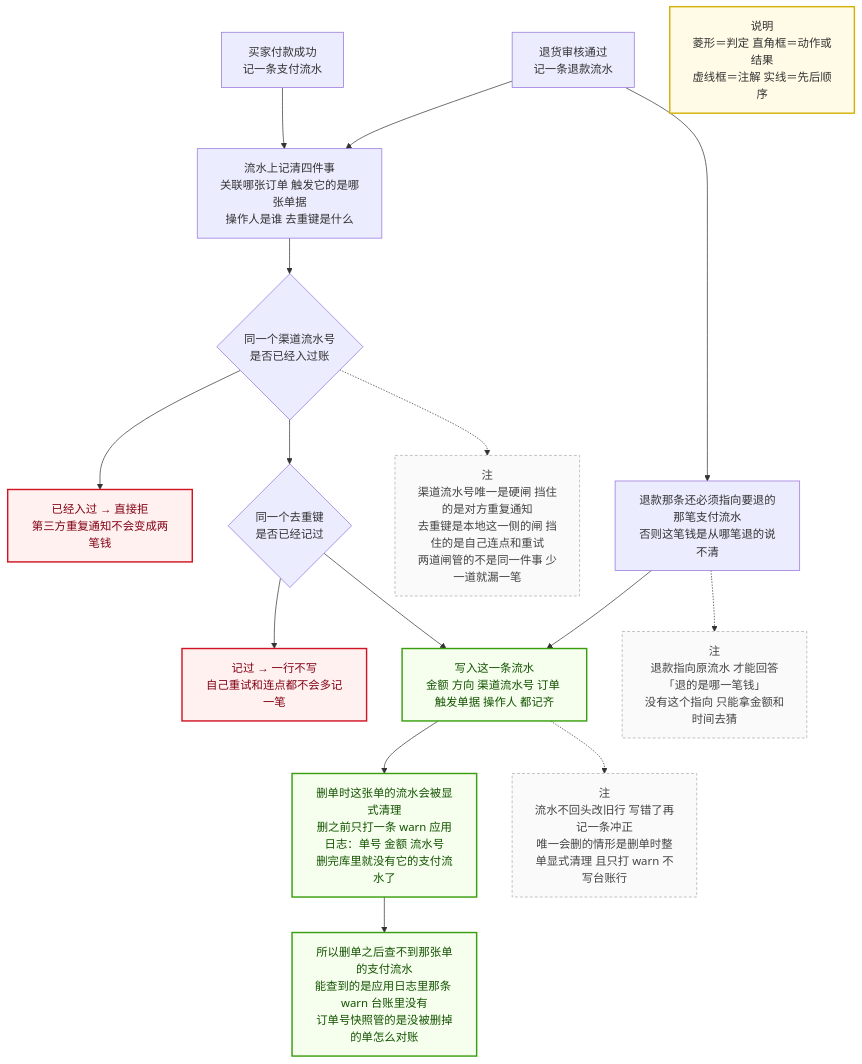
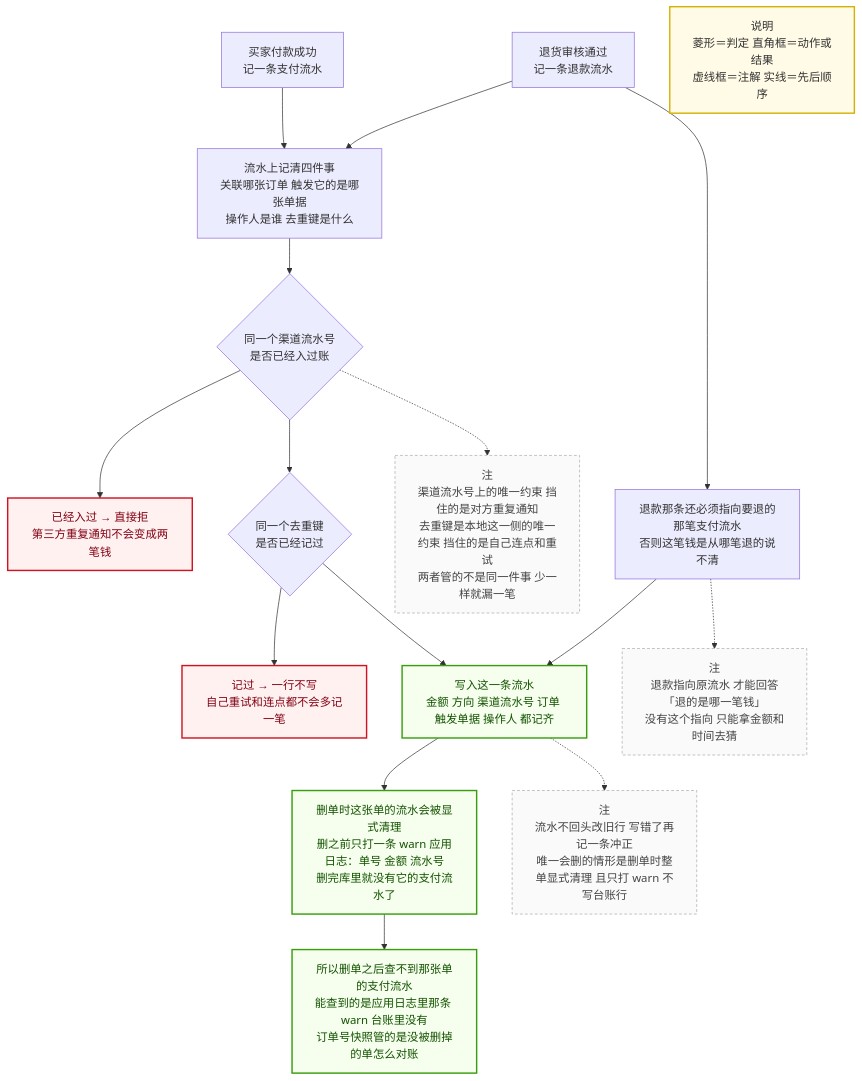
One commit to zzy-repo/qiqi-mall changed the diagram in docs/flows/02-业务场景/台账与取证/台账七类/支付流水/1-支付流水图.mmd. Above: the diagram before and after it, drawn with Mermaid. The commit also changed 231 other files, not shown here.

```diff
--- a/docs/flows/02-业务场景/台账与取证/台账七类/支付流水/1-支付流水图.mmd
+++ b/docs/flows/02-业务场景/台账与取证/台账七类/支付流水/1-支付流水图.mmd
@@ -1,46 +1,46 @@
 flowchart TB
     P[买家付款成功<br/>记一条支付流水]
     R[退货审核通过<br/>记一条退款流水]
 
     C1[流水上记清四件事<br/>关联哪张订单 触发它的是哪张单据<br/>操作人是谁 去重键是什么]
     C2[退款那条还必须指向要退的那笔支付流水<br/>否则这笔钱是从哪笔退的说不清]
 
     P --> C1
     R --> C1
     R --> C2
 
     U1{同一个渠道流水号<br/>是否已经入过账}
     U2[已经入过 → 直接拒<br/>第三方重复通知不会变成两笔钱]
     U3{同一个去重键<br/>是否已经记过}
     U4[记过 → 一行不写<br/>自己重试和连点都不会多记一笔]
     C3[写入这一条流水<br/>金额 方向 渠道流水号 订单 触发单据 操作人 都记齐]
 
     C1 --> U1
     U1 --> U2
     U1 --> U3
     U3 --> U4
     U3 --> C3
     C2 --> C3
 
     A[删单时这张单的流水会被显式清理<br/>删之前只打一条 warn 应用日志：单号 金额 流水号<br/>删完库里就没有它的支付流水了]
     A2[所以删单之后查不到那张单的支付流水<br/>能查到的是应用日志里那条 warn 台账里没有<br/>订单号快照管的是没被删掉的单怎么对账]
     C3 --> A
     A --> A2
 
-    N1[注<br/>渠道流水号唯一是硬闸 挡住的是对方重复通知<br/>去重键是本地这一侧的闸 挡住的是自己连点和重试<br/>两道闸管的不是同一件事 少一道就漏一笔]
+    N1[注<br/>渠道流水号上的唯一约束 挡住的是对方重复通知<br/>去重键是本地这一侧的唯一约束 挡住的是自己连点和重试<br/>两者管的不是同一件事 少一样就漏一笔]
     N2[注<br/>退款指向原流水 才能回答「退的是哪一笔钱」<br/>没有这个指向 只能拿金额和时间去猜]
     N3[注<br/>流水不回头改旧行 写错了再记一条冲正<br/>唯一会删的情形是删单时整单显式清理 且只打 warn 不写台账行]
     U1 -.-> N1
     C2 -.-> N2
     C3 -.-> N3
 
     LG[说明<br/>菱形＝判定 直角框＝动作或结果<br/>虚线框＝注解 实线＝先后顺序]
 
     classDef note fill:#fafafa,stroke:#aaa,stroke-dasharray:4 3,color:#444
     classDef stop fill:#fff1f0,stroke:#cf1322,stroke-width:2px,color:#820014
     classDef go fill:#f6ffed,stroke:#389e0d,stroke-width:2px,color:#135200
     classDef legend fill:#fffbe6,stroke:#d4b106,stroke-width:2px
     class N1,N2,N3 note
     class U2,U4 stop
     class C3,A,A2 go
     class LG legend
```
